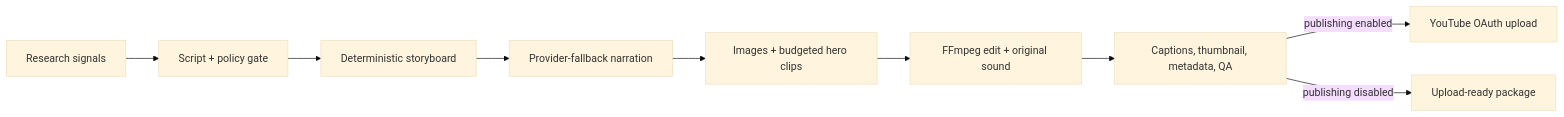
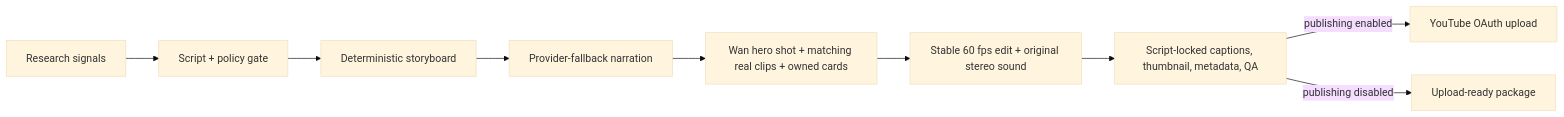
Before and after one commit to ReaperXD67/atlasforge-ai: the diagram in README.md, drawn with Mermaid (base theme). The commit also changed other lines of this file and 30 other files, not shown here.

````diff
--- a/README.md
+++ b/README.md
@@ -36,11 +36,11 @@
 ```mermaid
 flowchart LR
     R["Research signals"] --> S["Script + policy gate"]
     S --> B["Deterministic storyboard"]
     B --> V["Provider-fallback narration"]
-    V --> I["Images + budgeted hero clips"]
-    I --> E["FFmpeg edit + original sound"]
-    E --> Q["Captions, thumbnail, metadata, QA"]
+    V --> I["Wan hero shot + matching real clips + owned cards"]
+    I --> E["Stable 60 fps edit + original stereo sound"]
+    E --> Q["Script-locked captions, thumbnail, metadata, QA"]
     Q -->|publishing enabled| Y["YouTube OAuth upload"]
     Q -->|publishing disabled| P["Upload-ready package"]
 ```
````
